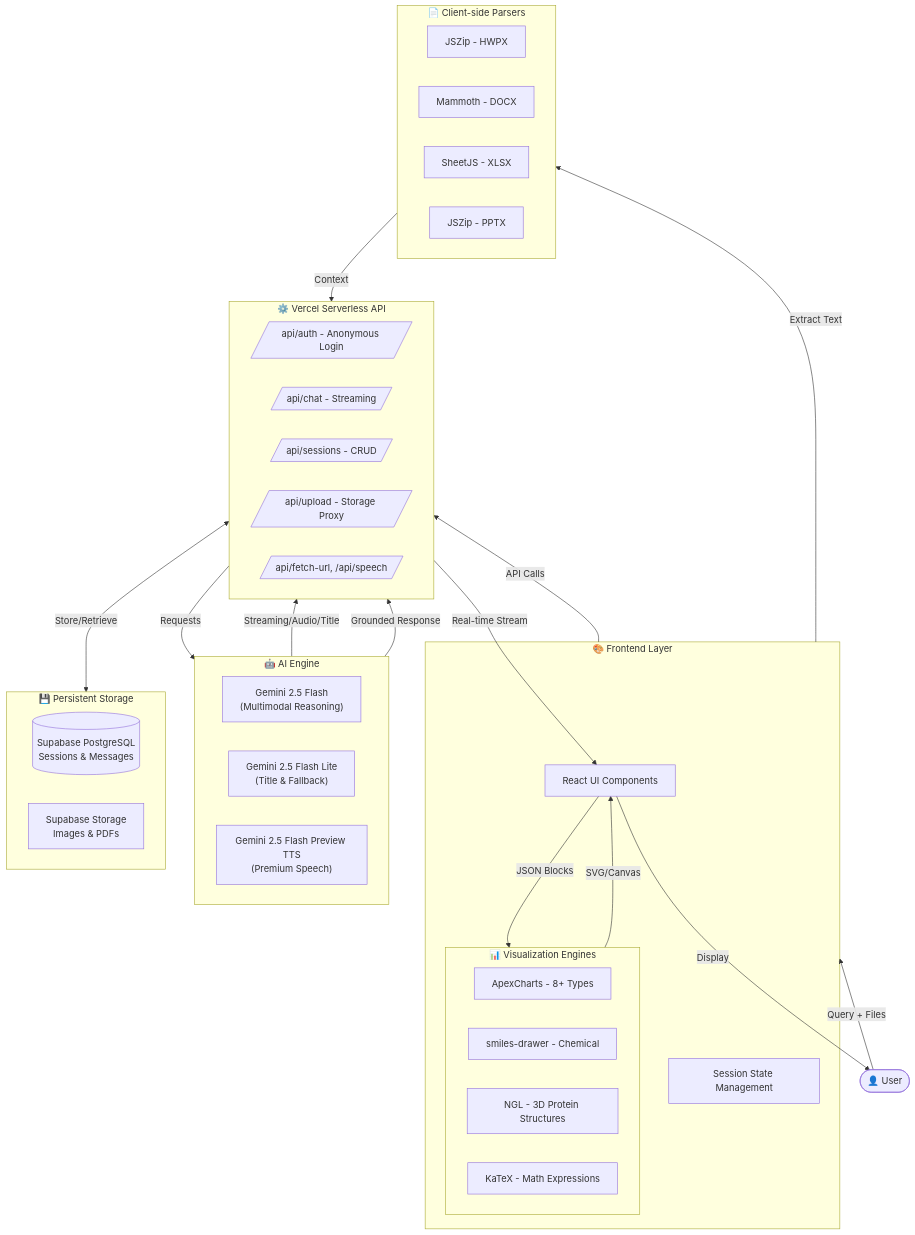
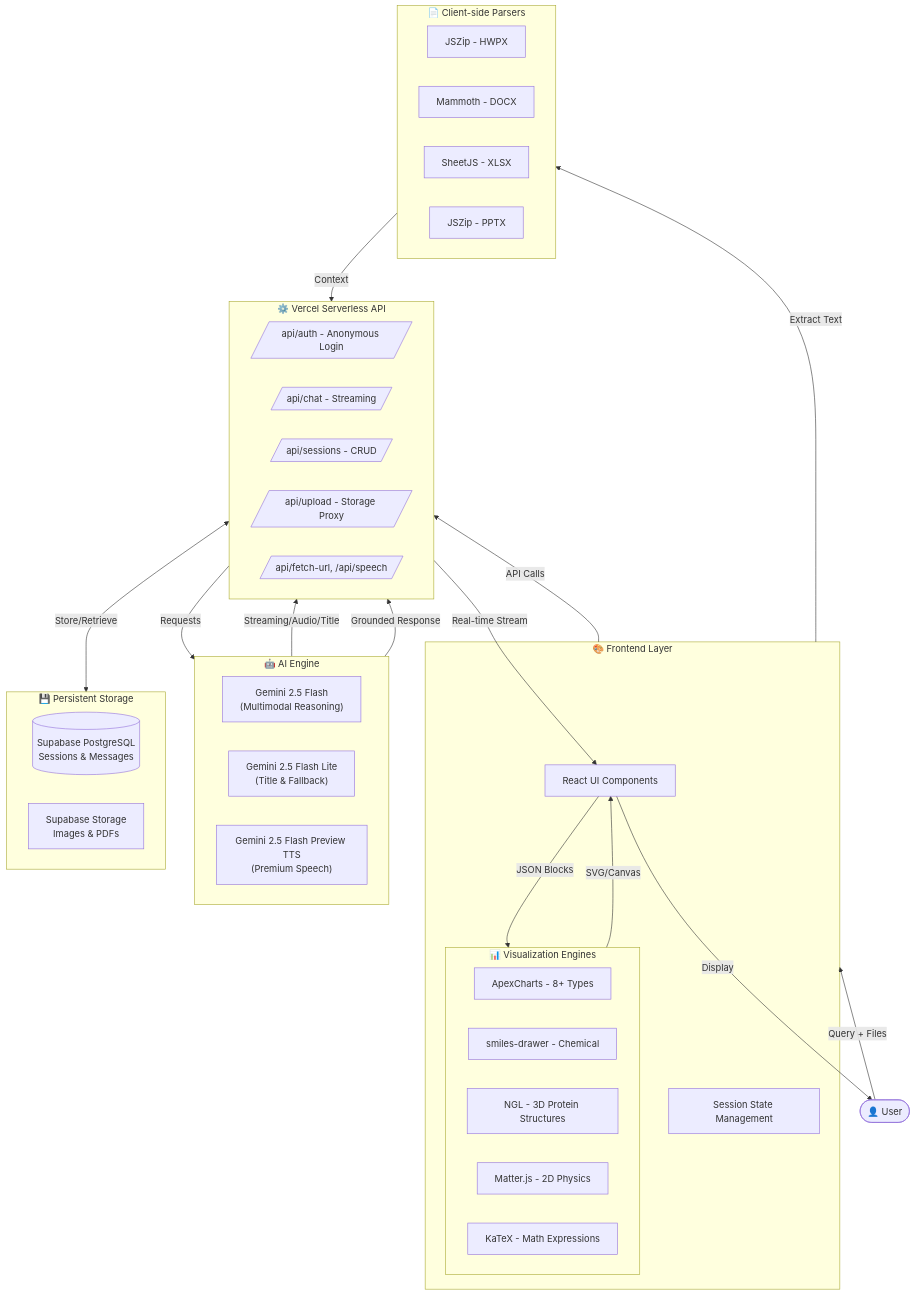
One commit to jpjp92/chat-agent changed the diagram in README.md. Above: the diagram before and after it, drawn with Mermaid. The commit also changed other lines of this file and 6 other files, not shown here.

````diff
--- a/README.md
+++ b/README.md
@@ -56,54 +62,55 @@
 ```mermaid
 flowchart TB
     User([👤 User])
     
     subgraph Frontend["🎨 Frontend Layer"]
         UI[React UI Components]
         subgraph Viz["📊 Visualization Engines"]
             Apex[ApexCharts - 8+ Types]
             SMILES[smiles-drawer - Chemical]
             NGL[NGL - 3D Protein Structures]
+            Matter[Matter.js - 2D Physics]
             KaTeX[KaTeX - Math Expressions]
         end
         State[Session State Management]
     end
     
     subgraph Backend["⚙️ Vercel Serverless API"]
         Auth[/api/auth - Anonymous Login/]
         Chat[/api/chat - Streaming/]
         Sessions[/api/sessions - CRUD/]
         Upload[/api/upload - Storage Proxy/]
         Tools[/api/fetch-url, /api/speech/]
     end
     
     subgraph AI["🤖 AI Engine"]
         Gemini["Gemini 2.5 Flash<br/>(Multimodal Reasoning)"]
         GeminiLite["Gemini 2.5 Flash Lite<br/>(Title & Fallback)"]
         TTS["Gemini 2.5 Flash Preview TTS<br/>(Premium Speech)"]
     end
     
     subgraph Storage["💾 Persistent Storage"]
         DB[(Supabase PostgreSQL<br/>Sessions & Messages)]
         Files[Supabase Storage<br/>Images & PDFs]
     end
     
     subgraph Parser["📄 Client-side Parsers"]
         HWPX[JSZip - HWPX]
         DOCX[Mammoth - DOCX]
         XLSX[SheetJS - XLSX]
         PPTX[JSZip - PPTX]
     end
     
     User -->|Query + Files| Frontend
     Frontend -->|API Calls| Backend
     Backend -->|Requests| AI
     AI -->|Streaming/Audio/Title| Backend
     Backend <-->|Store/Retrieve| Storage
     Frontend -->|Extract Text| Parser
     Parser -->|Context| Backend
     AI -->|Grounded Response| Backend
     Backend -->|Real-time Stream| UI
     UI -->|JSON Blocks| Viz
     Viz -->|SVG/Canvas| UI
     UI -->|Display| User
 ```
````
